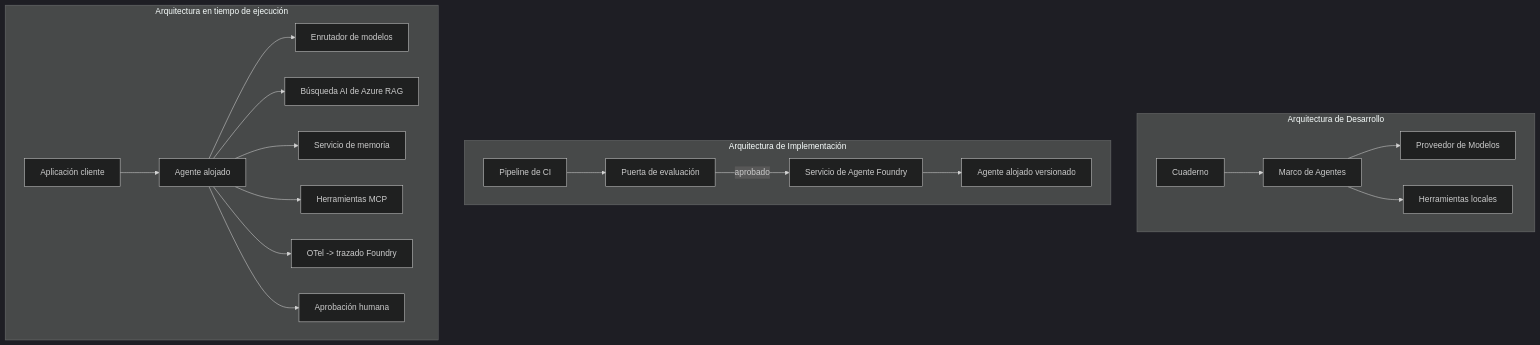
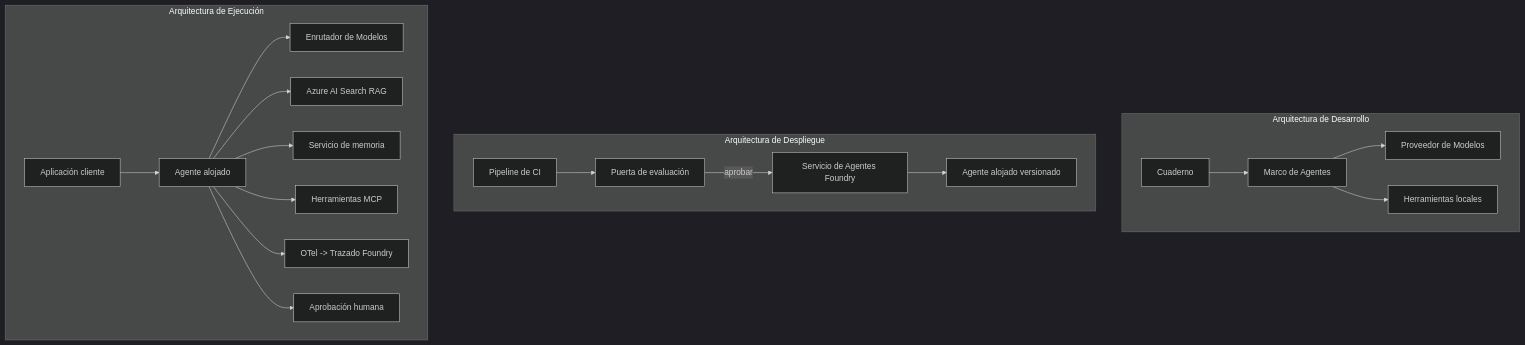
The fourth of 4 diagrams in mirrors/repos/microsoft@ai-agents-for-beginners/translations/es/16-deploying-scalable-agents/README.md (gabrielmoreira/agent-skills-mirror), drawn with Mermaid (dark theme) before and after one commit. The commit also changed other lines of this file and 4262 other files, not shown here.

````diff
--- a/mirrors/repos/microsoft@ai-agents-for-beginners/translations/es/16-deploying-scalable-agents/README.md
+++ b/mirrors/repos/microsoft@ai-agents-for-beginners/translations/es/16-deploying-scalable-agents/README.md
@@ -185,22 +185,22 @@
 ```mermaid
 flowchart TB
     subgraph Dev[Arquitectura de Desarrollo]
         D1[Cuaderno] --> D2[Marco de Agentes]
         D2 --> D3[Proveedor de Modelos]
         D2 --> D4[Herramientas locales]
     end
-    subgraph Deploy[Arquitectura de Implementación]
+    subgraph Deploy[Arquitectura de Despliegue]
         E1[Pipeline de CI] --> E2[Puerta de evaluación]
-        E2 -->|aprobado| E3[Servicio de Agente Foundry]
+        E2 -->|aprobar| E3[Servicio de Agentes Foundry]
         E3 --> E4[Agente alojado versionado]
     end
-    subgraph Run[Arquitectura en tiempo de ejecución]
+    subgraph Run[Arquitectura de Ejecución]
         F1[Aplicación cliente] --> F2[Agente alojado]
-        F2 --> F3[Enrutador de modelos]
-        F2 --> F4[Búsqueda AI de Azure RAG]
+        F2 --> F3[Enrutador de Modelos]
+        F2 --> F4[Azure AI Search RAG]
         F2 --> F5[Servicio de memoria]
         F2 --> F6[Herramientas MCP]
-        F2 --> F7[OTel -> trazado Foundry]
+        F2 --> F7[OTel -> Trazado Foundry]
         F2 --> F8[Aprobación humana]
     end
 ```
````
